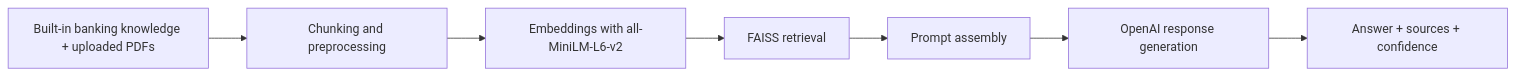
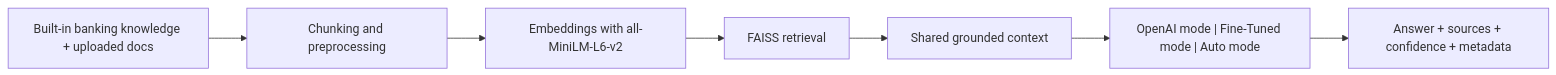
Before and after one commit to rakeshmadasaniai/banking-genai-portfolio: the diagram in 01-rag-system/README.md, drawn with Mermaid. The commit also changed other lines of this file and 25 other files, not shown here.

````diff
--- a/01-rag-system/README.md
+++ b/01-rag-system/README.md
@@ -25,9 +36,9 @@
 ```mermaid
 flowchart LR
-    A["Built-in banking knowledge + uploaded PDFs"] --> B["Chunking and preprocessing"]
+    A["Built-in banking knowledge + uploaded docs"] --> B["Chunking and preprocessing"]
     B --> C["Embeddings with all-MiniLM-L6-v2"]
     C --> D["FAISS retrieval"]
-    D --> E["Prompt assembly"]
-    E --> F["OpenAI response generation"]
-    F --> G["Answer + sources + confidence"]
+    D --> E["Shared grounded context"]
+    E --> F["OpenAI mode | Fine-Tuned mode | Auto mode"]
+    F --> G["Answer + sources + confidence + metadata"]
 ```
````
